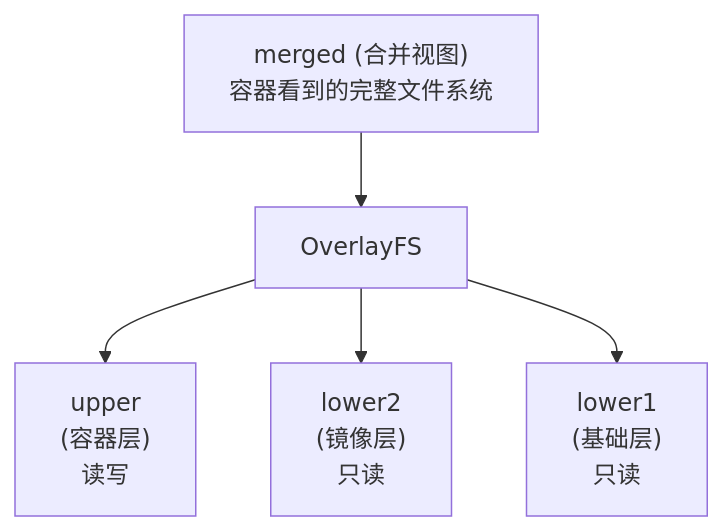
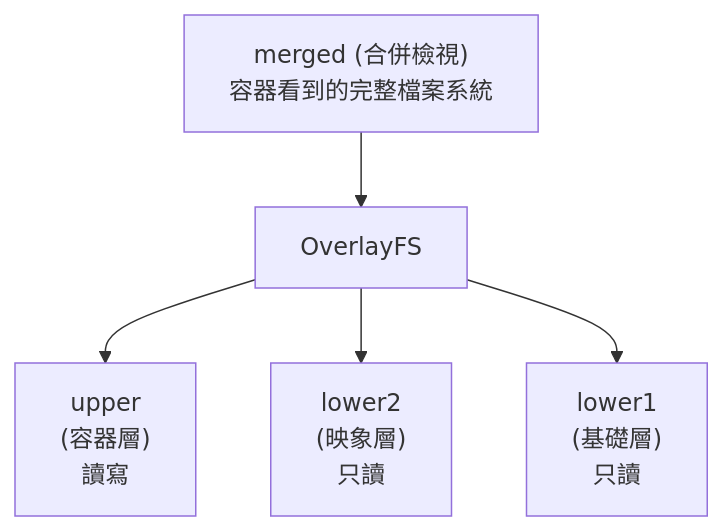
One commit to doggy8088/docker_practice changed the fourth of 4 diagrams in 12_implementation/12.4_ufs.md. Above: the diagram before and after it, drawn with Mermaid. The commit also changed other lines of this file and 211 other files, not shown here.

````diff
--- a/12_implementation/12.4_ufs.md
+++ b/12_implementation/12.4_ufs.md
@@ -126,14 +126,14 @@
 ```mermaid
 flowchart TD
-    Merged["merged (合并视图)<br/>容器看到的完整文件系统"]
+    Merged["merged (合併檢視)<br/>容器看到的完整檔案系統"]
     OverlayFS["OverlayFS"]
 
-    Upper["upper<br/>(容器层)<br/>读写"]
-    Lower2["lower2<br/>(镜像层)<br/>只读"]
-    Lower1["lower1<br/>(基础层)<br/>只读"]
+    Upper["upper<br/>(容器層)<br/>讀寫"]
+    Lower2["lower2<br/>(映象層)<br/>只讀"]
+    Lower1["lower1<br/>(基礎層)<br/>只讀"]
 
     Merged --> OverlayFS
     OverlayFS --> Upper
     OverlayFS --> Lower2
     OverlayFS --> Lower1
 ```
````
